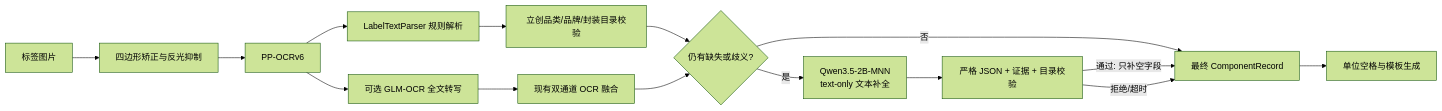
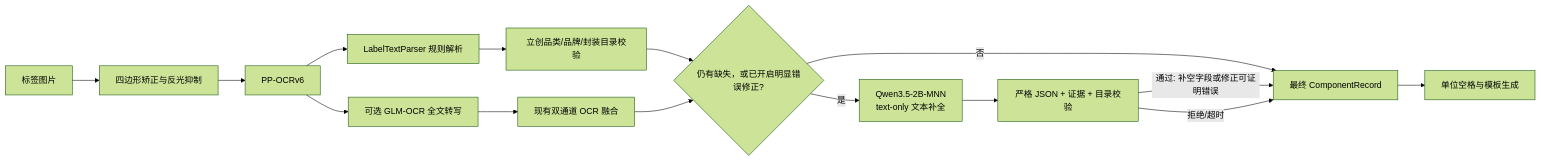
Before and after one commit to onexs-xsi/otool_eprint_tool: the diagram in docs/qwen35_deployment_plan_0820.md, drawn with Mermaid (forest theme). The commit also changed other lines of this file and 24 other files, not shown here.

````diff
--- a/docs/qwen35_deployment_plan_0820.md
+++ b/docs/qwen35_deployment_plan_0820.md
@@ -19,18 +78,18 @@
 ```mermaid
 flowchart LR
     A[标签图片] --> B[四边形矫正与反光抑制]
     B --> C[PP-OCRv6]
     C --> D[LabelTextParser 规则解析]
     D --> E[立创品类/品牌/封装目录校验]
     C --> F[可选 GLM-OCR 全文转写]
     F --> G[现有双通道 OCR 融合]
-    E --> H{仍有缺失或歧义?}
+    E --> H{仍有缺失，或已开启明显错误修正?}
     G --> H
     H -- 否 --> K[最终 ComponentRecord]
     H -- 是 --> I[Qwen3.5-2B-MNN
     text-only 文本补全]
     I --> J[严格 JSON + 证据 + 目录校验]
-    J -- 通过: 只补空字段 --> K
+    J -- 通过: 补空字段或修正可证明错误 --> K
     J -- 拒绝/超时 --> K
     K --> L[单位空格与模板生成]
 ```
````
